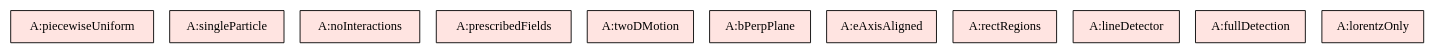
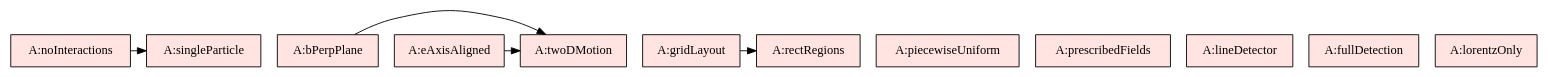
One commit to JoeZZG/Drasil741 changed the diagram in code/drasil-example/trajecto/TraceyGraph/avsa.dot. Above: the diagram before and after it, drawn with Graphviz. The commit also changed 64 other files, not shown here.

```diff
--- a/code/drasil-example/trajecto/TraceyGraph/avsa.dot
+++ b/code/drasil-example/trajecto/TraceyGraph/avsa.dot
@@ -1,17 +1,22 @@
 digraph "avsa" {
+    "instance:noInteractions" -> "instance:singleParticle";
+    "instance:bPerpPlane" -> "instance:twoDMotion";
+    "instance:eAxisAligned" -> "instance:twoDMotion";
+    "instance:gridLayout" -> "instance:rectRegions";
     "instance:piecewiseUniform" [shape=box, color=black, style=filled, fillcolor="mistyrose", label="A:piecewiseUniform"];
     "instance:singleParticle" [shape=box, color=black, style=filled, fillcolor="mistyrose", label="A:singleParticle"];
     "instance:noInteractions" [shape=box, color=black, style=filled, fillcolor="mistyrose", label="A:noInteractions"];
     "instance:prescribedFields" [shape=box, color=black, style=filled, fillcolor="mistyrose", label="A:prescribedFields"];
     "instance:twoDMotion" [shape=box, color=black, style=filled, fillcolor="mistyrose", label="A:twoDMotion"];
     "instance:bPerpPlane" [shape=box, color=black, style=filled, fillcolor="mistyrose", label="A:bPerpPlane"];
     "instance:eAxisAligned" [shape=box, color=black, style=filled, fillcolor="mistyrose", label="A:eAxisAligned"];
     "instance:rectRegions" [shape=box, color=black, style=filled, fillcolor="mistyrose", label="A:rectRegions"];
+    "instance:gridLayout" [shape=box, color=black, style=filled, fillcolor="mistyrose", label="A:gridLayout"];
     "instance:lineDetector" [shape=box, color=black, style=filled, fillcolor="mistyrose", label="A:lineDetector"];
     "instance:fullDetection" [shape=box, color=black, style=filled, fillcolor="mistyrose", label="A:fullDetection"];
     "instance:lorentzOnly" [shape=box, color=black, style=filled, fillcolor="mistyrose", label="A:lorentzOnly"];
     subgraph "A" {
         rank="same";
-        "instance:piecewiseUniform" "instance:singleParticle" "instance:noInteractions" "instance:prescribedFields" "instance:twoDMotion" "instance:bPerpPlane" "instance:eAxisAligned" "instance:rectRegions" "instance:lineDetector" "instance:fullDetection" "instance:lorentzOnly";
+        "instance:piecewiseUniform" "instance:singleParticle" "instance:noInteractions" "instance:prescribedFields" "instance:twoDMotion" "instance:bPerpPlane" "instance:eAxisAligned" "instance:rectRegions" "instance:gridLayout" "instance:lineDetector" "instance:fullDetection" "instance:lorentzOnly";
     }
 }
```
